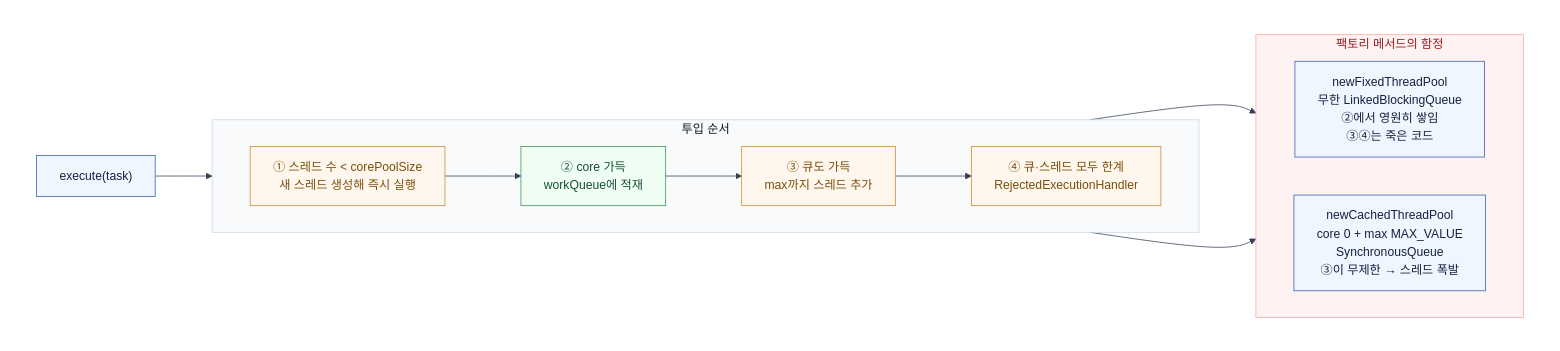
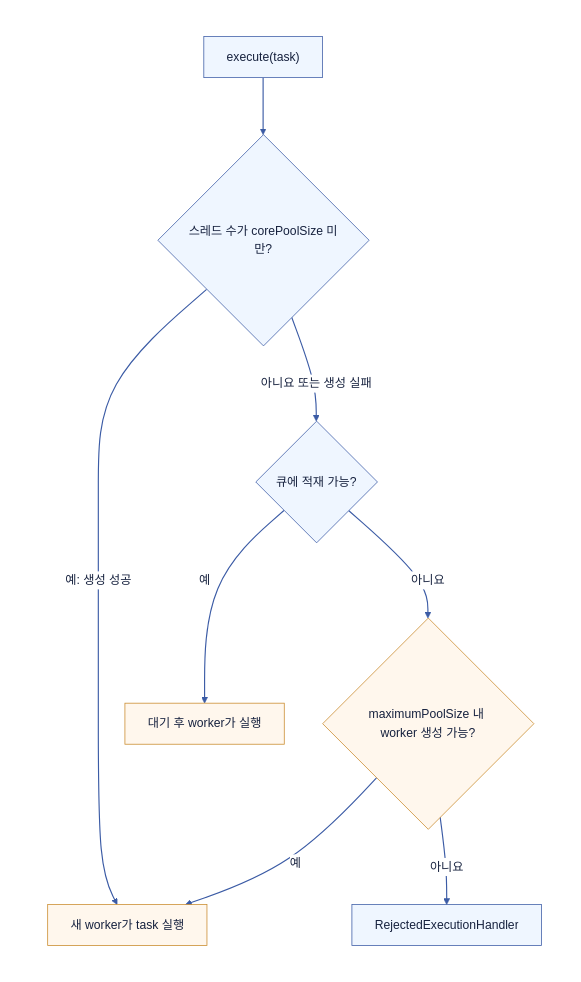
One commit to Hyune-s-lab/my-ai-study changed the second of 2 diagrams in computer-science/article-series/2608-java-concurrency.md. Above: the diagram before and after it, drawn with Mermaid. The commit also changed other lines of this file and 28 other files, not shown here.

Commit message:
docs: Mermaid 호환성과 문서 가독성 개선

````diff
--- a/computer-science/article-series/2608-java-concurrency.md
+++ b/computer-science/article-series/2608-java-concurrency.md
@@ -356,42 +326,22 @@
 ```mermaid
----
-config:
-  theme: base
-  darkMode: false
-  themeVariables:
-    primaryColor: "#EFF6FF"
-    primaryTextColor: "#111827"
-    lineColor: "#334155"
-    textColor: "#111827"
-    edgeLabelBackground: "#ffffff"
----
-flowchart TB
+flowchart TD
+%%{init: {"theme": "base", "darkMode": false, "themeVariables": {"background": "#ffffff", "primaryColor": "#EFF6FF", "primaryTextColor": "#16213E", "primaryBorderColor": "#3B5BA5", "secondaryColor": "#F0FDF4", "tertiaryColor": "#FAF5FF", "lineColor": "#3B5BA5", "textColor": "#16213E", "edgeLabelBackground": "#ffffff", "clusterBkg": "#F8FAFC", "clusterBorder": "#CBD5E1"}}}%%
   subgraph canvas[" "]
-    submit["execute(task)"]:::app
-    subgraph flow["투입 순서"]
-      direction LR
-      s1["① 스레드 수 < corePoolSize\n새 스레드 생성해 즉시 실행"]:::ctrl
-      s2["② core 가득\nworkQueue에 적재"]:::db
-      s3["③ 큐도 가득\nmax까지 스레드 추가"]:::ctrl
-      s4["④ 큐·스레드 모두 한계\nRejectedExecutionHandler"]:::ctrl
-    end
-    subgraph risk["팩토리 메서드의 함정"]
-      direction LR
-      t1["newFixedThreadPool\n무한 LinkedBlockingQueue\n②에서 영원히 쌓임\n③④는 죽은 코드"]:::app
-      t2["newCachedThreadPool\ncore 0 + max MAX_VALUE\nSynchronousQueue\n③이 무제한 → 스레드 폭발"]:::app
-    end
+    direction TD
+    task["execute(task)"] --> core{"스레드 수가 corePoolSize 미만?"}
+    core -->|"예: 생성 성공"| start["새 worker가 task 실행"]
+    core -->|"아니요 또는 생성 실패"| queue{"큐에 적재 가능?"}
+    queue -->|"예"| queued["대기 후 worker가 실행"]
+    queue -->|"아니요"| max{"maximumPoolSize 내 worker 생성 가능?"}
+    max -->|"예"| start
+    max -->|"아니요"| rejected["RejectedExecutionHandler"]
   end
-  submit --> s1
-  s1 --> s2
-  s2 --> s3
-  s3 --> s4
-  s2 --> t1
-  s3 --> t2
-
+  style canvas fill:#ffffff,stroke:#ffffff,color:#111827
+  linkStyle default stroke:#3B5BA5,stroke-width:1.5px
   classDef app fill:#EFF6FF,stroke:#3B5BA5,stroke-width:1px,color:#16213E
-  classDef db fill:#F0FDF4,stroke:#3F8E55,stroke-width:1px,color:#14532D
-  classDef ctrl fill:#FFF7ED,stroke:#C98A2B,stroke-width:1px,color:#7A4E0A
-  style canvas fill:#ffffff,stroke:#ffffff,stroke-width:0px,color:#111827
-  style flow fill:#F8FAFC,stroke:#CBD5E1,stroke-width:1px,color:#111827
-  style risk fill:#FEF2F2,stroke:#FCA5A5,stroke-width:1px,color:#991B1B
+  class task,core,queue,rejected app
+  classDef db fill:#F0FDF4,stroke:#3F8E55,stroke-width:1px,color:#16213E
+  classDef policy fill:#FAF5FF,stroke:#A855F7,stroke-width:1px,color:#16213E
+  classDef worker fill:#FFF7ED,stroke:#C98A2B,stroke-width:1px,color:#16213E
+  class start,queued,max worker
 ```
````
